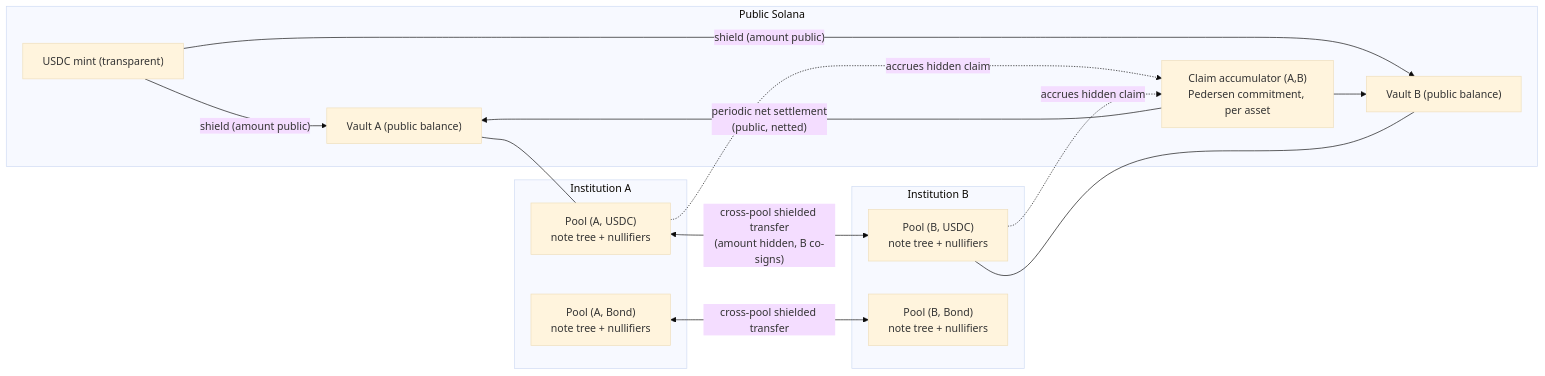
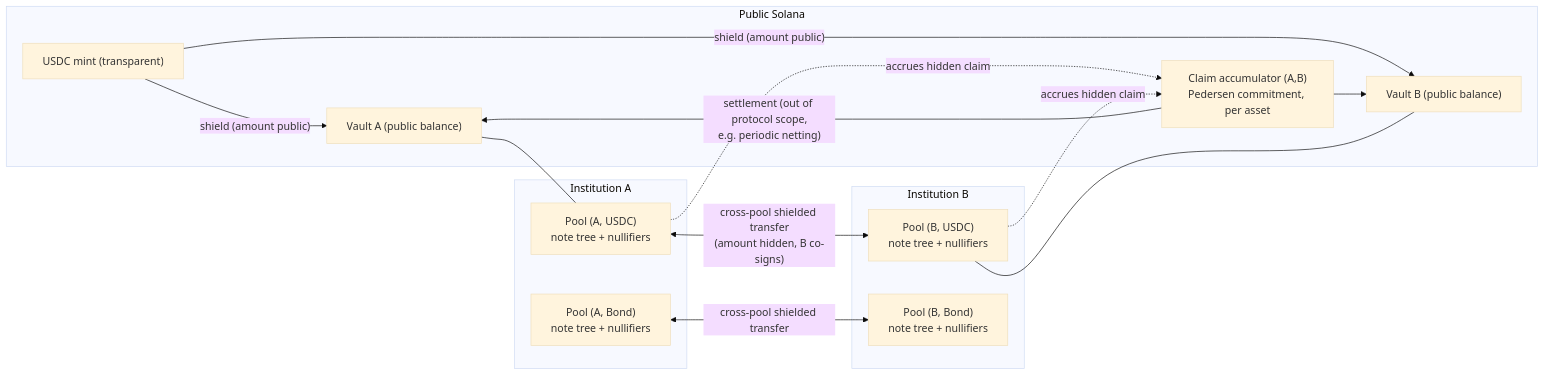
One commit to zz-sol/zelana changed the first of 2 diagrams in high_level_design.md. Above: the diagram before and after it, drawn with Mermaid (base theme). The commit also changed other lines of this file and 2 other files, not shown here.

````diff
--- a/high_level_design.md
+++ b/high_level_design.md
@@ -37,39 +41,39 @@
 ```mermaid
 flowchart LR
     subgraph pub["Public Solana"]
         USDC["USDC mint (transparent)"]
         VA["Vault A (public balance)"]
         VB["Vault B (public balance)"]
         ACC["Claim accumulator (A,B)
 Pedersen commitment, per asset"]
     end
 
     subgraph instA["Institution A"]
         PA1["Pool (A, USDC)
 note tree + nullifiers"]
         PA2["Pool (A, Bond)
 note tree + nullifiers"]
     end
 
     subgraph instB["Institution B"]
         PB1["Pool (B, USDC)
 note tree + nullifiers"]
         PB2["Pool (B, Bond)
 note tree + nullifiers"]
     end
 
     USDC -- "shield (amount public)" --> VA
     VA --- PA1
     USDC -- "shield (amount public)" --> VB
     VB --- PB1
 
     PA1 <-- "cross-pool shielded transfer
 (amount hidden, B co-signs)" --> PB1
     PA2 <-- "cross-pool shielded transfer" --> PB2
 
     PA1 -. "accrues hidden claim" .-> ACC
     PB1 -. "accrues hidden claim" .-> ACC
-    ACC -- "periodic net settlement
-(public, netted)" --> VA
+    ACC -- "settlement (out of protocol scope,
+e.g. periodic netting)" --> VA
     ACC --> VB
 ```
````
